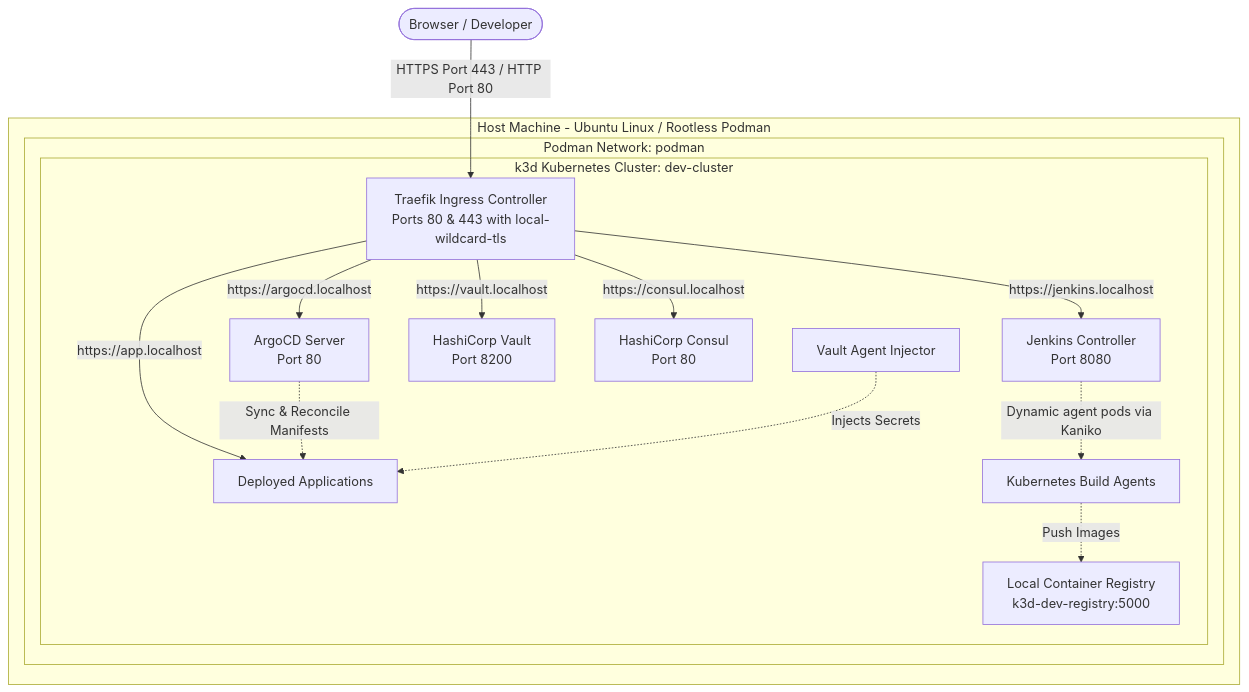
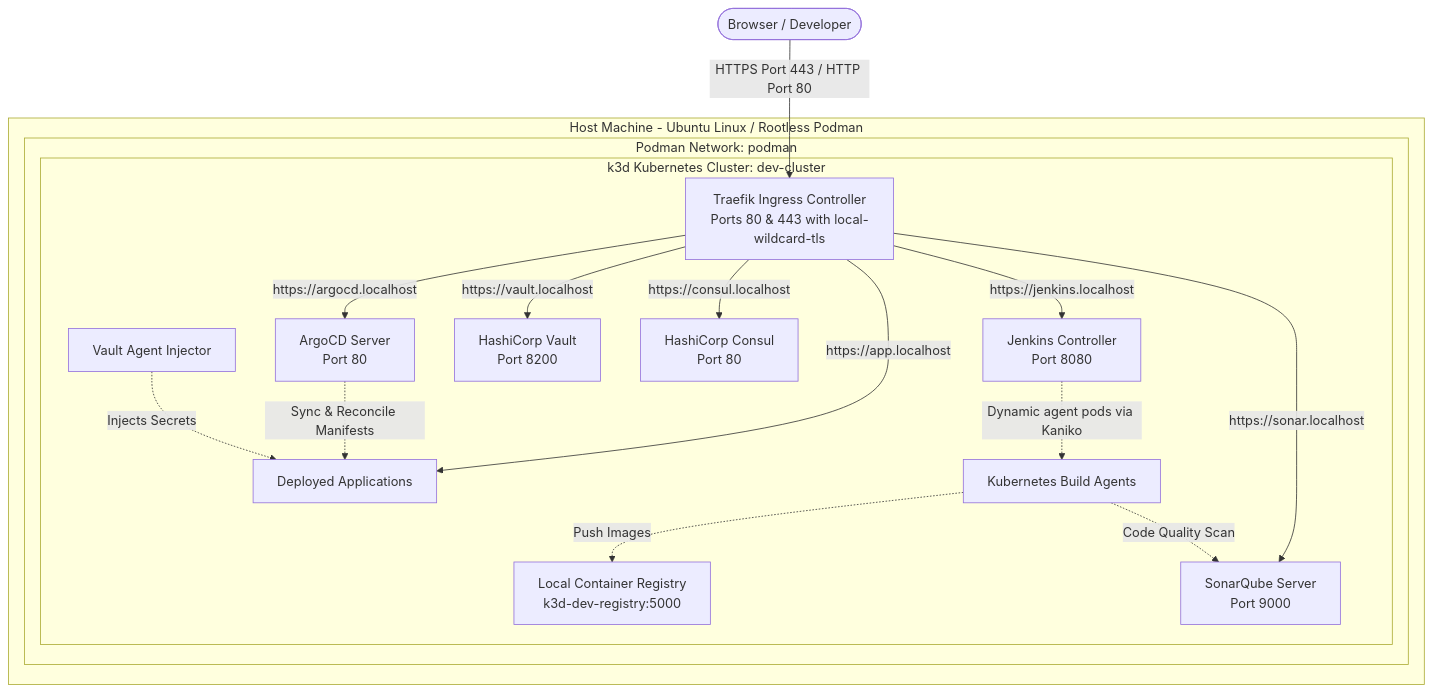
Before and after one commit to edmaputra/ed-devops: the diagram in docs/SETUP_GUIDE.md, drawn with Mermaid. The commit also changed other lines of this file and 11 other files, not shown here.

Commit message:
feat: add SonarQube, centralized Jenkins pipelines, Testcontainers support, and app manifests

````diff
--- a/docs/SETUP_GUIDE.md
+++ b/docs/SETUP_GUIDE.md
@@ -9,24 +9,26 @@
 ```mermaid
 graph TD
     User([Browser / Developer]) -->|HTTPS Port 443 / HTTP Port 80| Traefik[Traefik Ingress Controller<br/>Ports 80 & 443 with local-wildcard-tls]
     
     subgraph Host [Host Machine - Ubuntu Linux / Rootless Podman]
         subgraph PodmanNet [Podman Network: podman]
             Reg[Local Container Registry<br/>k3d-dev-registry:5000]
             
             subgraph K3sCluster [k3d Kubernetes Cluster: dev-cluster]
                 Traefik -->|https://jenkins.localhost| Jenkins[Jenkins Controller<br/>Port 8080]
                 Traefik -->|https://argocd.localhost| ArgoCD[ArgoCD Server<br/>Port 80]
+                Traefik -->|https://sonar.localhost| SonarQube[SonarQube Server<br/>Port 9000]
                 Traefik -->|https://vault.localhost| Vault[HashiCorp Vault<br/>Port 8200]
                 Traefik -->|https://consul.localhost| Consul[HashiCorp Consul<br/>Port 80]
                 Traefik -->|https://app.localhost| Apps[Deployed Applications]
                 
                 Jenkins -.->|Dynamic agent pods via Kaniko| K8sAgents[Kubernetes Build Agents]
+                K8sAgents -.->|Code Quality Scan| SonarQube
                 K8sAgents -.->|Push Images| Reg
                 
                 ArgoCD -.->|Sync & Reconcile Manifests| Apps
                 VaultInjector[Vault Agent Injector] -.->|Injects Secrets| Apps
             end
         end
     end
 ```
````
